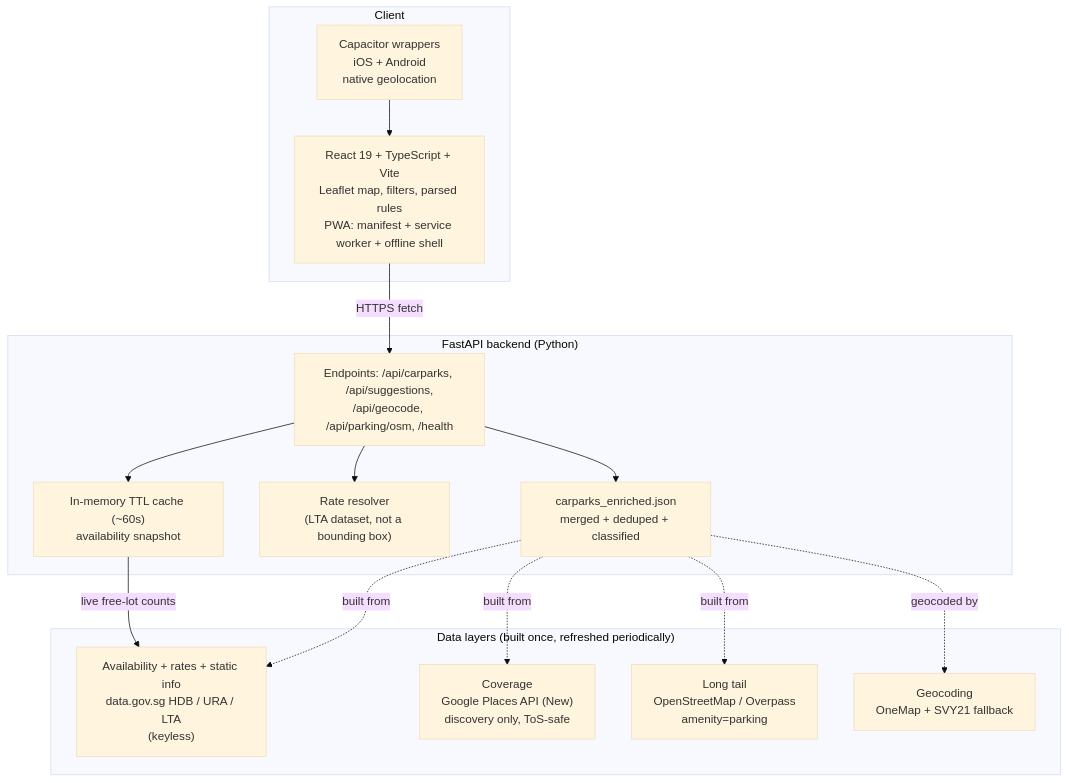
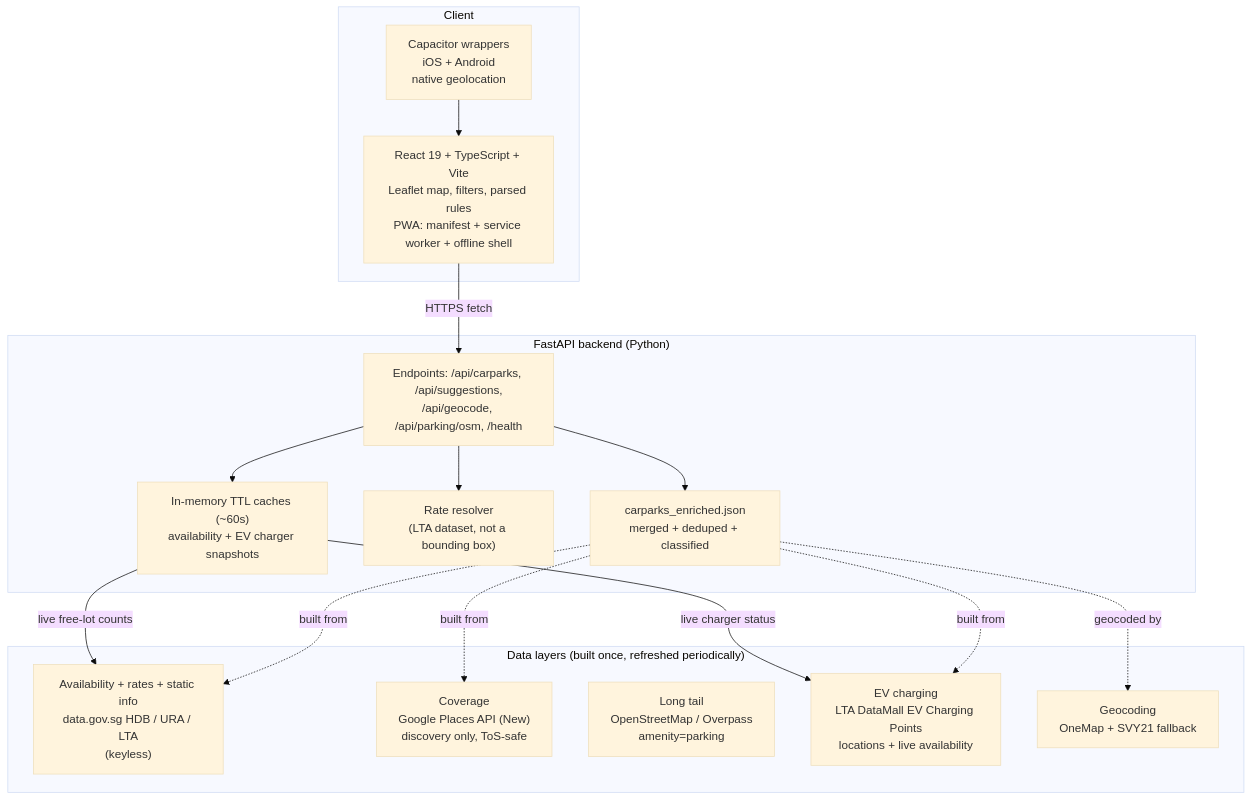
The diagram in README.md (ka1oww/EHPARKLEH-), drawn with Mermaid (base theme) before and after one commit. The commit also changed other lines of this file, not shown here.

````diff
--- a/README.md
+++ b/README.md
@@ -19,32 +24,34 @@
 ```mermaid
 flowchart TB
     subgraph Client
         PWA["React 19 + TypeScript + Vite<br/>Leaflet map, filters, parsed rules<br/>PWA: manifest + service worker + offline shell"]
         NATIVE["Capacitor wrappers<br/>iOS + Android<br/>native geolocation"]
     end
 
     subgraph Backend["FastAPI backend (Python)"]
         API["Endpoints: /api/carparks, /api/suggestions,<br/>/api/geocode, /api/parking/osm, /health"]
-        CACHE["In-memory TTL cache (~60s)<br/>availability snapshot"]
+        CACHE["In-memory TTL caches (~60s)<br/>availability + EV charger snapshots"]
         RATES["Rate resolver<br/>(LTA dataset, not a bounding box)"]
         DATA["carparks_enriched.json<br/>merged + deduped + classified"]
     end
 
     subgraph DataLayers["Data layers (built once, refreshed periodically)"]
         GOV["Availability + rates + static info<br/>data.gov.sg HDB / URA / LTA<br/>(keyless)"]
         GOOGLE["Coverage<br/>Google Places API (New)<br/>discovery only, ToS-safe"]
         OSM["Long tail<br/>OpenStreetMap / Overpass<br/>amenity=parking"]
+        EV["EV charging<br/>LTA DataMall EV Charging Points<br/>locations + live availability"]
         ONEMAP["Geocoding<br/>OneMap + SVY21 fallback"]
     end
 
     PWA -->|HTTPS fetch| API
     NATIVE --> PWA
     API --> CACHE
     API --> RATES
     API --> DATA
     CACHE -->|live free-lot counts| GOV
+    CACHE -->|live charger status| EV
     DATA -.built from.-> GOV
     DATA -.built from.-> GOOGLE
-    DATA -.built from.-> OSM
+    DATA -.built from.-> EV
     DATA -.geocoded by.-> ONEMAP
 ```
````
